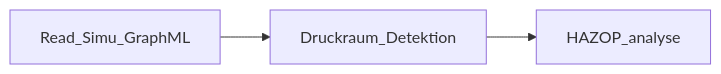
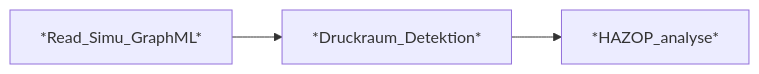
One commit to TUDoAD/Abschlussarbeiten_Oeing changed the diagram in Yang/readme.md. Above: the diagram before and after it, drawn with Mermaid. The commit also changed other lines of this file, not shown here.

````diff
--- a/Yang/readme.md
+++ b/Yang/readme.md
@@ -56,5 +56,5 @@
 ```mermaid
 graph LR;
-    Read_Simu_GraphML-->Druckraum_Detektion;
-    Druckraum_Detektion-->HAZOP_analyse;
+    *Read_Simu_GraphML*-->*Druckraum_Detektion*;
+    *Druckraum_Detektion*-->*HAZOP_analyse*;
 ```
````
